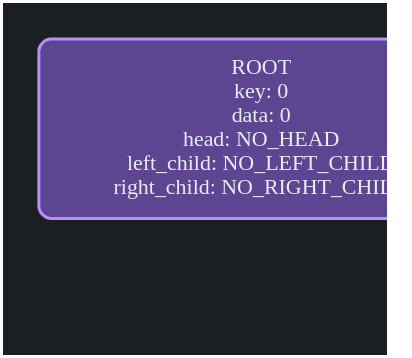
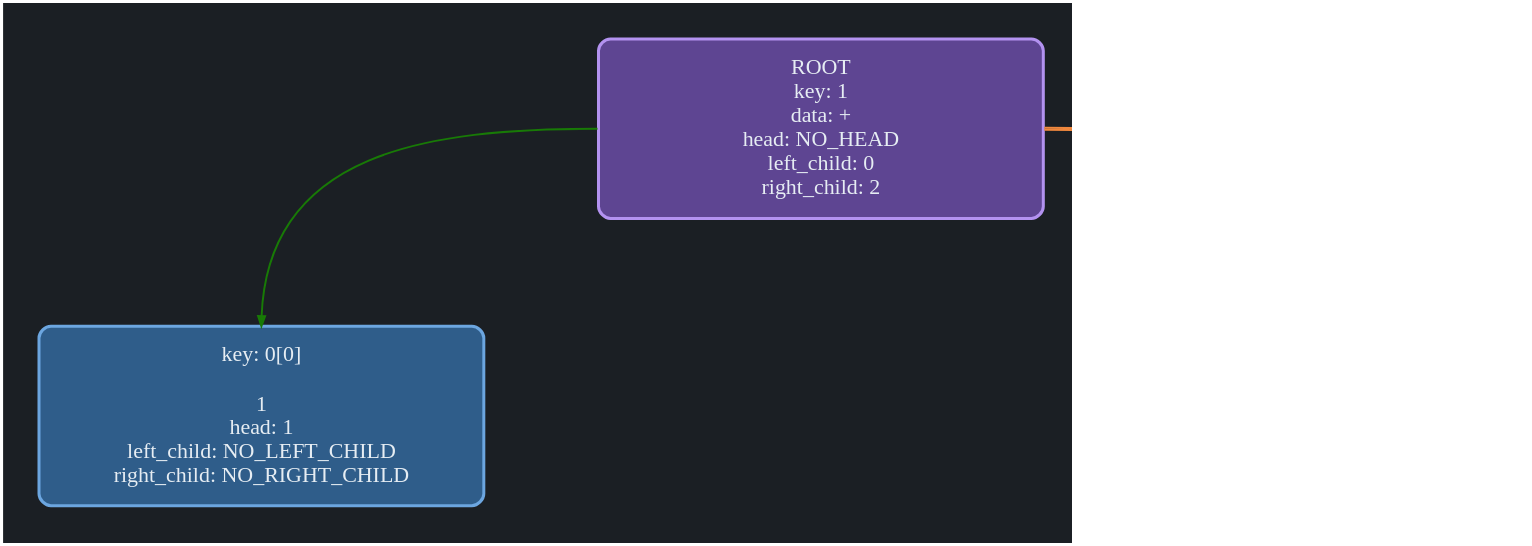
One commit to OkulovDmitry/Expression-Differentiator changed the diagram in logs/dot/DERIVATIVE_ortho.dot. Above: the diagram before and after it, drawn with Graphviz. The commit also changed 13 other files, not shown here.

```diff
--- a/logs/dot/DERIVATIVE_ortho.dot
+++ b/logs/dot/DERIVATIVE_ortho.dot
@@ -1,13 +1,29 @@
 digraph tree {
   graph [dpi=110, bgcolor="#1B1F24", splines=true, pad=0.5, nodesep=1.6, ranksep=1.5];
   node  [shape=rectangle, style="rounded,filled", fontcolor="#E6EDF3", fontsize=22, width=6.2, height=2.5, fixedsize=true, penwidth=3];
   edge  [penwidth=2, arrowsize=1.0];
-  cell0 [fillcolor="#5e4592", color="#B392F0", label="ROOT\n\key: 0\ndata: 0\nhead: NO_HEAD\nleft_child: NO_LEFT_CHILD\nright_child: NO_RIGHT_CHILD"];
-  cell1 [style="invis", width=1, fixedsize=true];
+  cell0 [fillcolor="#5e4592", color="#B392F0", label="ROOT\n\key: 1\ndata: +\nhead: NO_HEAD\nleft_child: 0\nright_child: 2"];
+  cell1 [fillcolor="#2F5D8A", color="#6CA6E0", label="key: 0[0]\n\n1\nhead: 1\nleft_child: NO_LEFT_CHILD\nright_child: NO_RIGHT_CHILD"];
   cell2 [style="invis", width=1, fixedsize=true];
   cell3 [style="invis", width=1, fixedsize=true];
-  cell0:s -> cell1:n [color="#8B949E", style=invis, weigh=10000, headclip=true];
-  cell0:s -> cell2:n [color="#8B949E", style=invis, weigh=10000, headclip=true];
-  cell0:s -> cell3:n [color="#8B949E", style=invis, weigh=10000, headclip=true];
-  { rank=TB; cell0; }
+  cell4 [style="invis", width=1, fixedsize=true];
+  cell5 [style="invis", width=1, fixedsize=true];
+  cell6 [style="invis", width=1, fixedsize=true];
+  cell7 [style="invis", width=1, fixedsize=true];
+  cell8 [fillcolor="#2F5D8A", color="#6CA6E0", label="key: 2[0]\n\n0\nhead: 1\nleft_child: NO_LEFT_CHILD\nright_child: NO_RIGHT_CHILD"];
+  cell9 [style="invis", width=1, fixedsize=true];
+  cell10 [style="invis", width=1, fixedsize=true];
+  cell11 [style="invis", width=1, fixedsize=true];
+  cell1:s -> cell2:n [color="#8B949E", style=invis, weigh=10000, headclip=true];
+  cell1:s -> cell3:n [color="#8B949E", style=invis, weigh=10000, headclip=true];
+  cell1:s -> cell4:n [color="#8B949E", style=invis, weigh=10000, headclip=true];
+  cell0:w -> cell1:n [color="#187a06", headclip=true];
+  cell0:s -> cell5:n [color="#8B949E", style=invis, weigh=10000, headclip=true];
+  cell0:s -> cell6:n [color="#8B949E", style=invis, weigh=10000, headclip=true];
+  cell0:s -> cell7:n [color="#8B949E", style=invis, weigh=10000, headclip=true];
+  cell8:s -> cell9:n [color="#8B949E", style=invis, weigh=10000, headclip=true];
+  cell8:s -> cell10:n [color="#8B949E", style=invis, weigh=10000, headclip=true];
+  cell8:s -> cell11:n [color="#8B949E", style=invis, weigh=10000, headclip=true];
+  cell0:e -> cell8:n [color="#F0883E:#F0883E", headclip=true];
+  { rank=TB; cell0; cell1; cell2; }
 }
```
